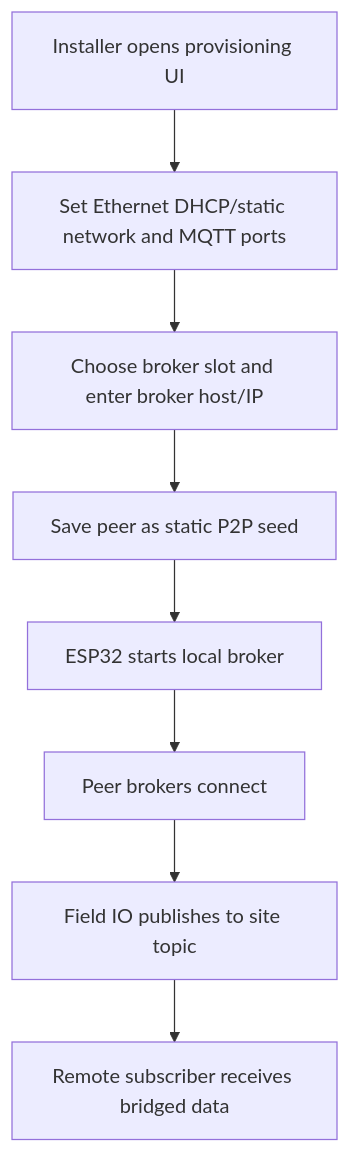
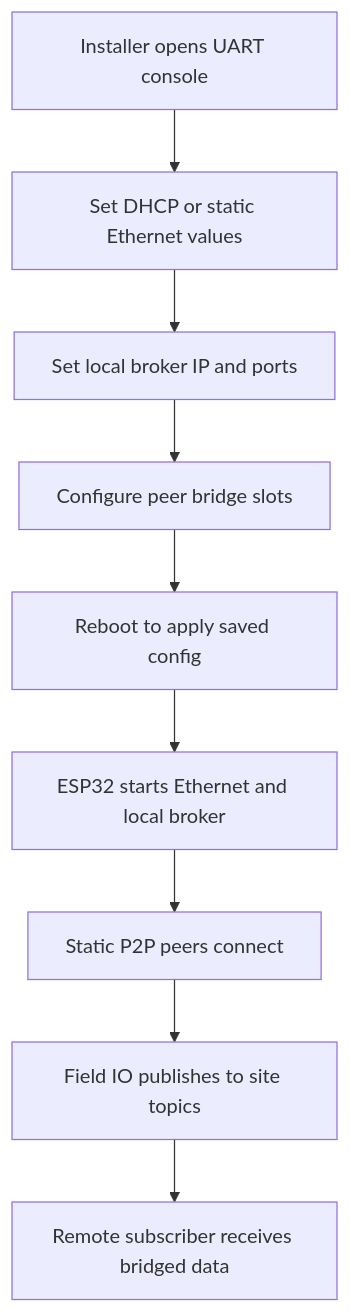
One commit to judadao/mqtt_field_bridge_app changed the second of 2 diagrams in README.md. Above: the diagram before and after it, drawn with Mermaid. The commit also changed other lines of this file and 1 other file, not shown here.

````diff
--- a/README.md
+++ b/README.md
@@ -194,10 +155,11 @@
 ```mermaid
 flowchart TD
-    A[Installer opens provisioning UI] --> B[Set Ethernet DHCP/static network and MQTT ports]
-    B --> C[Choose broker slot and enter broker host/IP]
-    C --> D[Save peer as static P2P seed]
-    D --> E[ESP32 starts local broker]
-    E --> F[Peer brokers connect]
-    F --> G[Field IO publishes to site topic]
-    G --> H[Remote subscriber receives bridged data]
+    A[Installer opens UART console] --> B[Set DHCP or static Ethernet values]
+    B --> C[Set local broker IP and ports]
+    C --> D[Configure peer bridge slots]
+    D --> E[Reboot to apply saved config]
+    E --> F[ESP32 starts Ethernet and local broker]
+    F --> G[Static P2P peers connect]
+    G --> H[Field IO publishes to site topics]
+    H --> I[Remote subscriber receives bridged data]
 ```
````
